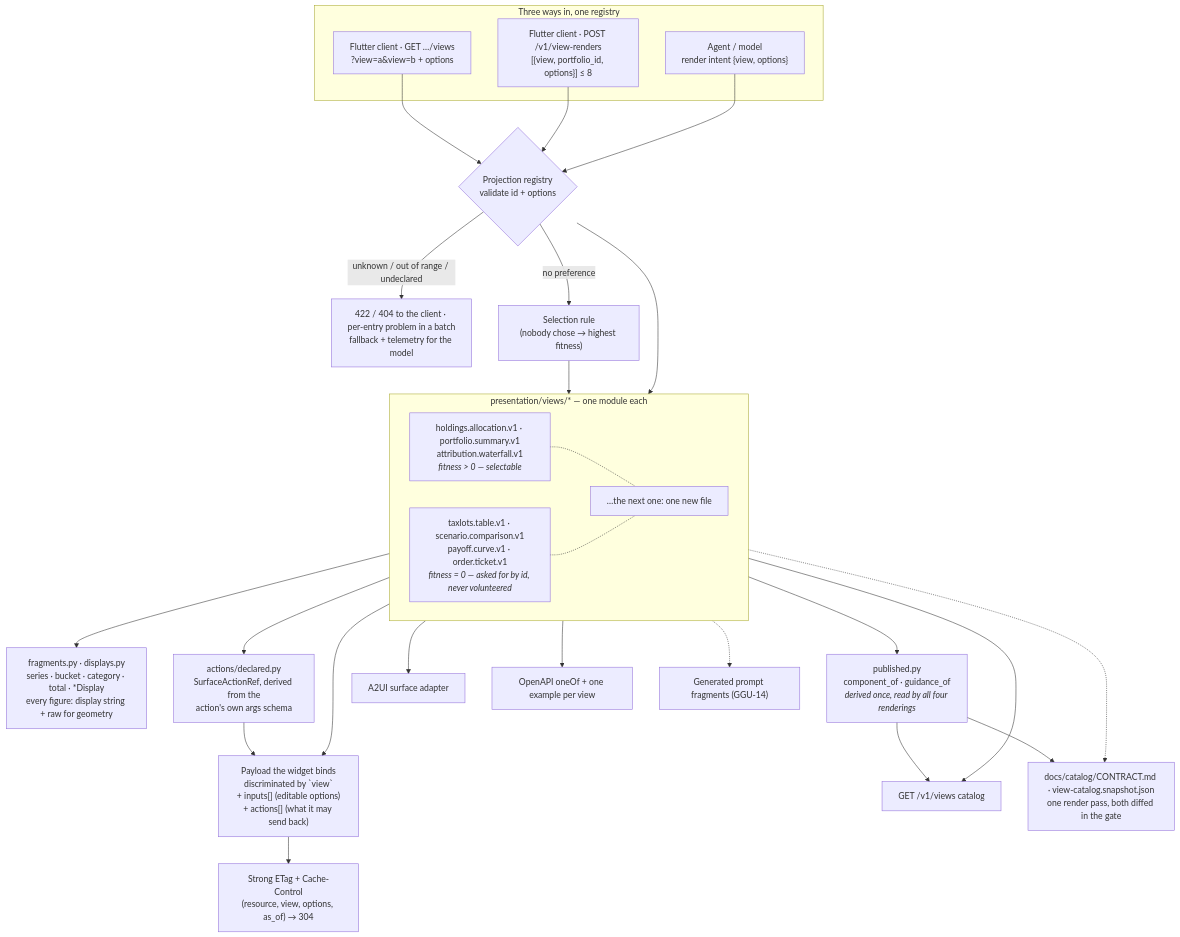
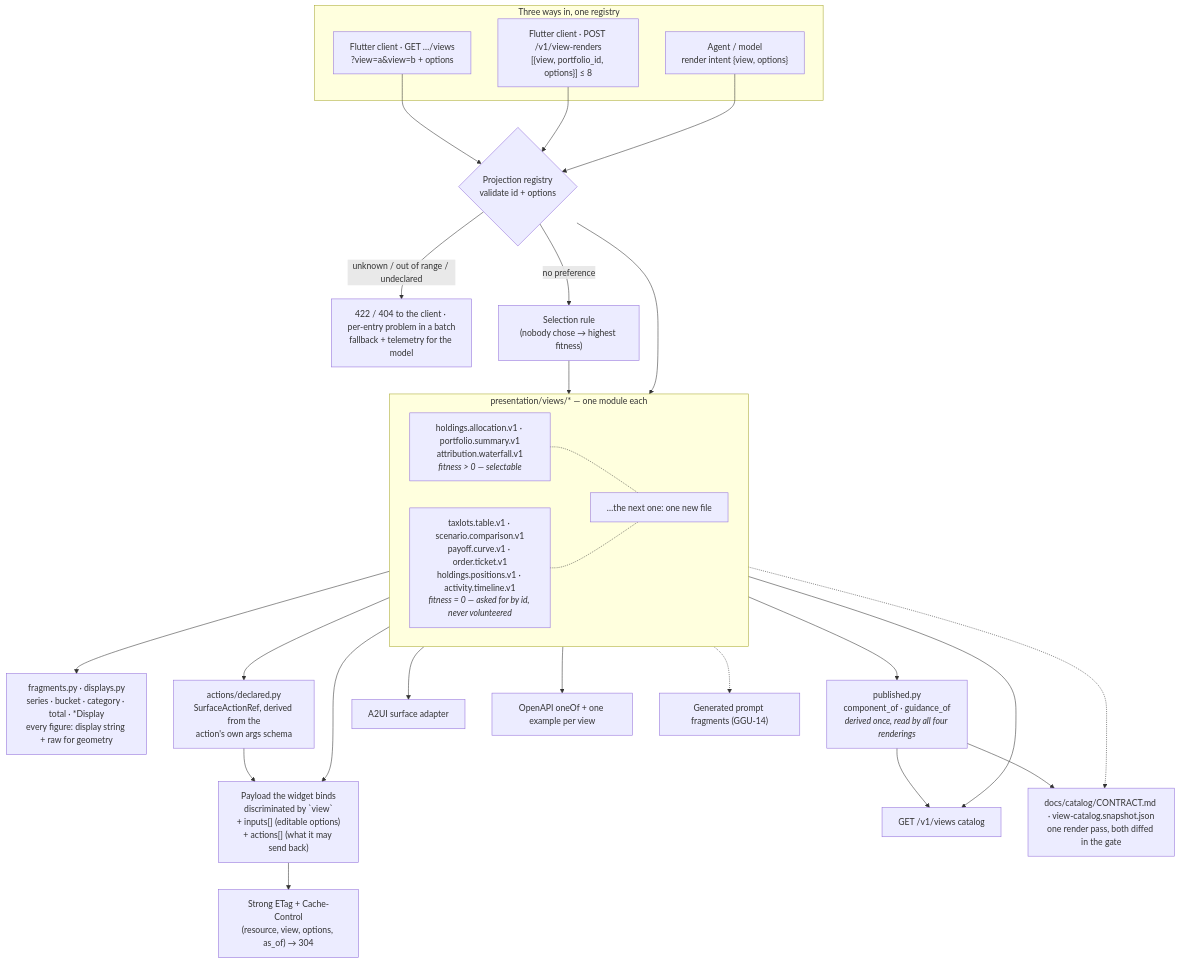
Before and after one commit to somnio-projects/finance-google-a2ui: the diagram in docs/diagrams/06-response-shaping.md, drawn with Mermaid. The commit also changed 84 other files, not shown here.

First line of the commit message:
feat: the Holdings and Activity tabs, over two new projections

````diff
--- a/docs/diagrams/06-response-shaping.md
+++ b/docs/diagrams/06-response-shaping.md
@@ -7,77 +7,77 @@
 ```mermaid
 flowchart TB
     subgraph callers["Three ways in, one registry"]
         cl["Flutter client · GET …/views<br/>?view=a&view=b + options"]
         batch["Flutter client · POST /v1/view-renders<br/>[{view, portfolio_id, options}] ≤ 8"]
         ag["Agent / model<br/>render intent {view, options}"]
     end
     reg{"Projection registry<br/>validate id + options"}
     rej["422 / 404 to the client · per-entry problem in a batch<br/>fallback + telemetry for the model"]
     sel["Selection rule<br/>(nobody chose → highest fitness)"]
     subgraph views["presentation/views/* — one module each"]
         v1["holdings.allocation.v1 · portfolio.summary.v1<br/>attribution.waterfall.v1<br/><i>fitness > 0 — selectable</i>"]
-        v2["taxlots.table.v1 · scenario.comparison.v1<br/>payoff.curve.v1 · order.ticket.v1<br/><i>fitness = 0 — asked for by id, never volunteered</i>"]
+        v2["taxlots.table.v1 · scenario.comparison.v1<br/>payoff.curve.v1 · order.ticket.v1<br/>holdings.positions.v1 · activity.timeline.v1<br/><i>fitness = 0 — asked for by id, never volunteered</i>"]
         vn["…the next one: one new file"]
     end
     frag["fragments.py · displays.py<br/>series · bucket · category · total · *Display<br/>every figure: display string + raw for geometry"]
     decl["actions/declared.py<br/>SurfaceActionRef, derived from the<br/>action's own args schema"]
     pub["published.py<br/>component_of · guidance_of<br/><i>derived once, read by all four renderings</i>"]
     out["Payload the widget binds<br/>discriminated by `view`<br/>+ inputs[] (editable options)<br/>+ actions[] (what it may send back)"]
     etag["Strong ETag + Cache-Control<br/>(resource, view, options, as_of) → 304"]
     a2ui["A2UI surface adapter"]
     cat["GET /v1/views catalog"]
     oa["OpenAPI oneOf + one example per view"]
     pf["Generated prompt fragments (GGU-14)"]
     doc["docs/catalog/CONTRACT.md · view-catalog.snapshot.json<br/>one render pass, both diffed in the gate"]
 
     cl --> reg
     batch --> reg
     ag --> reg
     reg -- "unknown / out of range / undeclared" --> rej
     reg -- "no preference" --> sel --> views
     reg --> views
     views --> frag
     views --> decl --> out
     views --> out
     out --> etag
     views --> a2ui
     views --> pub
     pub --> cat
     pub --> doc
     views --> cat
     views --> oa
     views -.-> pf
     views -.-> doc
     v1 -.- vn
     v2 -.- vn
 
     %% Registering once publishes to five consumers; adding a chart touches
     %% only its own module (ADR-K D-14, D-15) — views/ is auto-discovered,
     %% so not even an import line is edited.
     %% The frozen contract is published twice from ONE registry read: Markdown
     %% for the designer (GGU-41) and JSON for the Flutter catalog test
     %% (GGU-53). A third rendering is one entry in catalog_artifacts.ARTIFACTS.
     %% The batch is a RESOURCE, not an RPC call: POST creates it, 201 returns
     %% it inline, and EVERY entry carries its own status, so one bad view
     %% never sinks the others (ADR-K D-18).
     %% The client's rejection is a 422/404; inside a batch it is that entry's
     %% problem document; the model's is a recorded fallback (ADR-K D-12).
     %% ETag covers the two GET reads only: a POST batch is not revalidated.
     %% A payload declares interactivity TWICE and the two must agree, which
     %% is what GGU-78 found they did not:
     %%   inputs[]  — the editable options, each named EXACTLY as the option
     %%               that sets it, which is what the contract document reads
     %%               to fill its Input column (spec 0019 OD-3)
     %%   actions[] — what a tap may send BACK, and that is a new agent turn,
     %%               not a re-render (spec 0022)
     %% The rule that keeps them apart: if the answer is the same view with
     %% different numbers it is an OPTION; if it is a new turn it is an ACTION.
     %% An ACTION is only invocable if the payload carries the VALUE it sends:
     %% Bucket.key is the symbol drill.attribution.v1 accepts, and before
     %% GGU-53 it did not exist, so the affordance was advertised and unusable.
     %% The COMPONENT NAME is the single string the Flutter client registers
     %% against, so it is derived from the adapter in published.py and never
     %% transcribed. It is compared against the design catalog, the snapshot
     %% and the Markdown by test_component_names.py (spec 0023) — four
     %% declarations of one fact, which is three more than can be trusted.
 ```
````
